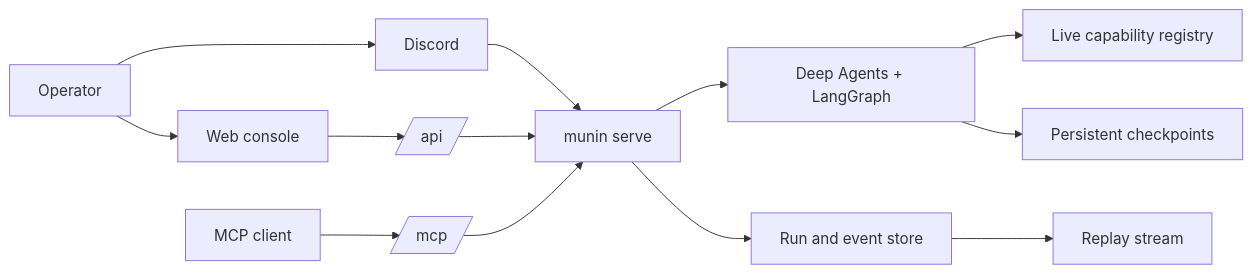
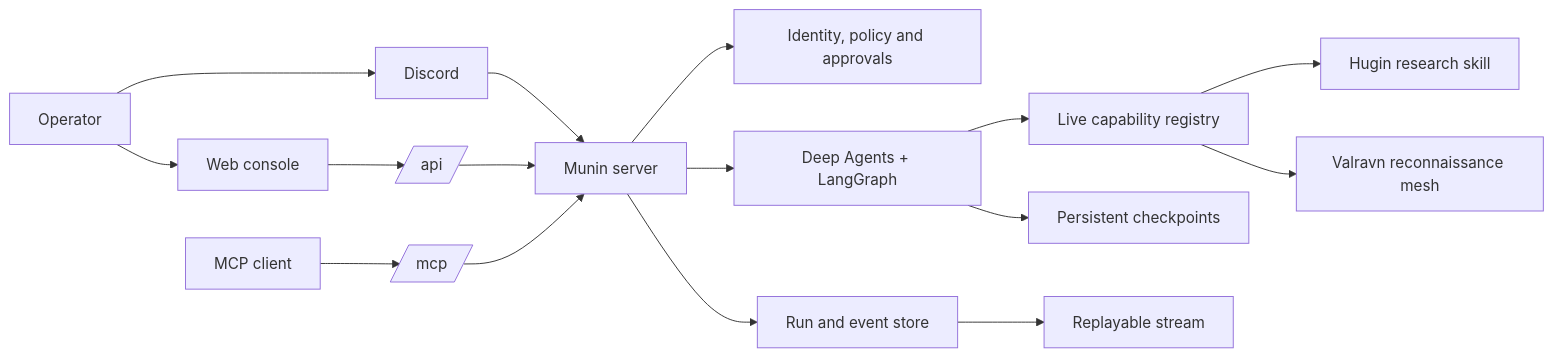
The diagram in README.md (PrinceOfPwn/Munin), drawn with Mermaid before and after one commit. The commit also changed other lines of this file, not shown here.

````diff
--- a/README.md
+++ b/README.md
@@ -38,15 +76,21 @@
 ```mermaid
 flowchart LR
     Operator[Operator] --> Web[Web console]
     Operator --> Discord[Discord]
     Client[MCP client] --> MCP[/mcp/]
+
     Web --> API[/api/]
-    Discord --> Server[munin serve]
+    Discord --> Server[Munin server]
     API --> Server
     MCP --> Server
+
+    Server --> Policy[Identity, policy and approvals]
     Server --> Runtime[Deep Agents + LangGraph]
     Runtime --> Registry[Live capability registry]
     Runtime --> Checkpoints[Persistent checkpoints]
     Server --> Timeline[Run and event store]
-    Timeline --> Replay[Replay stream]
+    Timeline --> Replay[Replayable stream]
+
+    Registry --> Hugin[Hugin research skill]
+    Registry --> Valravn[Valravn reconnaissance mesh]
 ```
````
